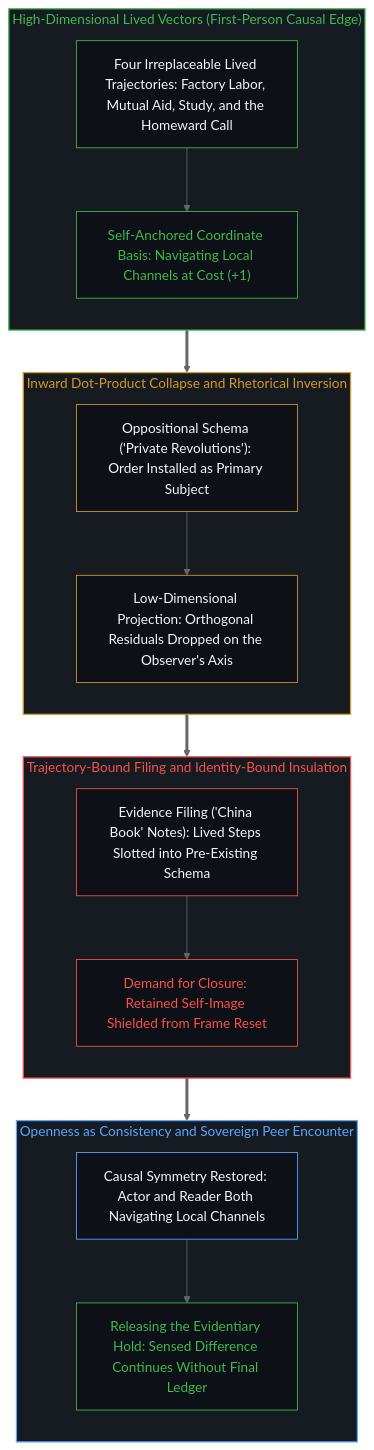
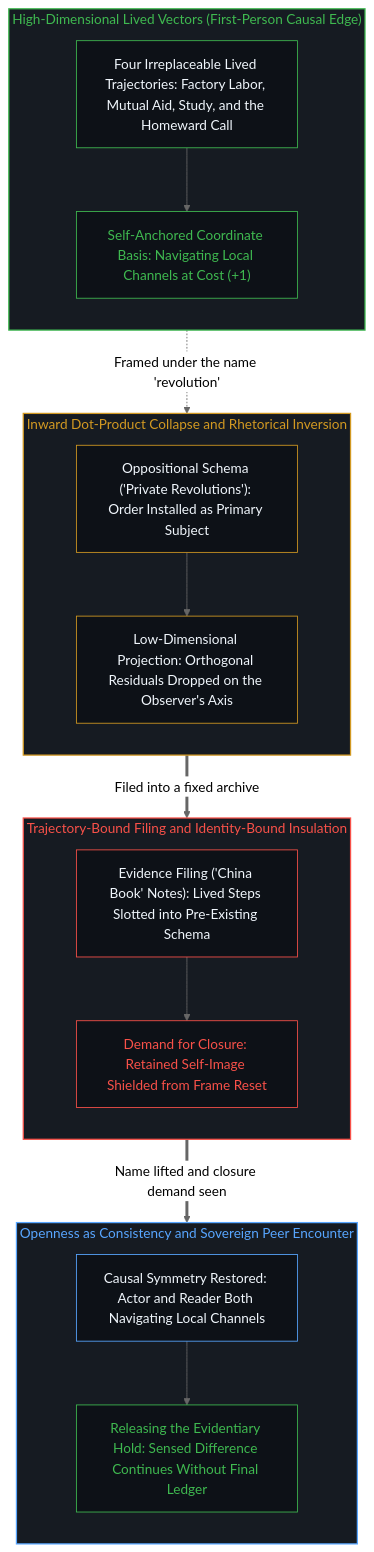
Before and after one commit to powerpig99/not-a-toe: the second of 2 diagrams in content/posts/the-name-revolution-files-a-life-as-evidence.md, drawn with Mermaid (neutral theme). The commit also changed other lines of this file and 3 other files, not shown here.

Commit message:
Consolidate Deep Sleep Batch 26: the-illusion-of-the-unmediated, the-name-revolution-files-a-life-as-evidence, agency-contradiction-and-the-relocation-of-power

````diff
--- a/content/posts/the-name-revolution-files-a-life-as-evidence.md
+++ b/content/posts/the-name-revolution-files-a-life-as-evidence.md
@@ -54,34 +54,34 @@
 ```mermaid
 flowchart TD
     subgraph S_LivingAgents ["High-Dimensional Lived Vectors (First-Person Causal Edge)"]
         direction TB
         AE1["Four Irreplaceable Lived Trajectories: Factory Labor, Mutual Aid, Study, and the Homeward Call"] --> AE2["Self-Anchored Coordinate Basis: Navigating Local Channels at Cost (+1)"]
     end
     subgraph S_RevolutionFraming ["Inward Dot-Product Collapse and Rhetorical Inversion"]
         direction TB
         BE1["Oppositional Schema ('Private Revolutions'): Order Installed as Primary Subject"] --> BE2["Low-Dimensional Projection: Orthogonal Residuals Dropped on the Observer's Axis"]
     end
     subgraph S_ReaderArchive ["Trajectory-Bound Filing and Identity-Bound Insulation"]
         direction TB
         CE1["Evidence Filing ('China Book' Notes): Lived Steps Slotted into Pre-Existing Schema"] --> CE2["Demand for Closure: Retained Self-Image Shielded from Frame Reset"]
     end
     subgraph S_SovereignEncounter ["Openness as Consistency and Sovereign Peer Encounter"]
         direction TB
         DE1["Causal Symmetry Restored: Actor and Reader Both Navigating Local Channels"] --> DE2["Releasing the Evidentiary Hold: Sensed Difference Continues Without Final Ledger"]
     end
-    AE2 ==> BE1
-    BE2 ==> CE1
-    CE2 ==> DE1
+    AE2 -.->|"Framed under the name 'revolution'"| BE1
+    BE2 ==>|"Filed into a fixed archive"| CE1
+    CE2 ==>|"Name lifted and closure demand seen"| DE1
     style S_LivingAgents fill:#161b22,stroke:#3fb950,stroke-width:1.5px,color:#3fb950
     style S_RevolutionFraming fill:#161b22,stroke:#d29922,stroke-width:1.5px,color:#d29922
     style S_ReaderArchive fill:#161b22,stroke:#f85149,stroke-width:1.5px,color:#f85149
     style S_SovereignEncounter fill:#161b22,stroke:#58a6ff,stroke-width:1.5px,color:#58a6ff
     style AE1 fill:#0d1117,stroke:#3fb950,stroke-width:1px,color:#f0f6fc
     style AE2 fill:#0d1117,stroke:#3fb950,stroke-width:1px,color:#3fb950
     style BE1 fill:#0d1117,stroke:#d29922,stroke-width:1px,color:#f0f6fc
     style BE2 fill:#0d1117,stroke:#d29922,stroke-width:1px,color:#f0f6fc
     style CE1 fill:#0d1117,stroke:#f85149,stroke-width:1px,color:#f0f6fc
     style CE2 fill:#0d1117,stroke:#f85149,stroke-width:1px,color:#f85149
     style DE1 fill:#0d1117,stroke:#58a6ff,stroke-width:1px,color:#f0f6fc
     style DE2 fill:#0d1117,stroke:#3fb950,stroke-width:1px,color:#3fb950
 ```
````
